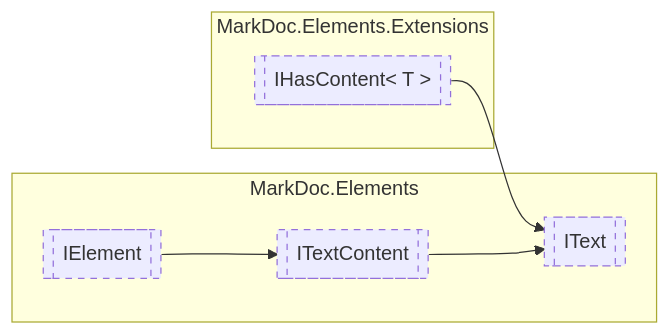
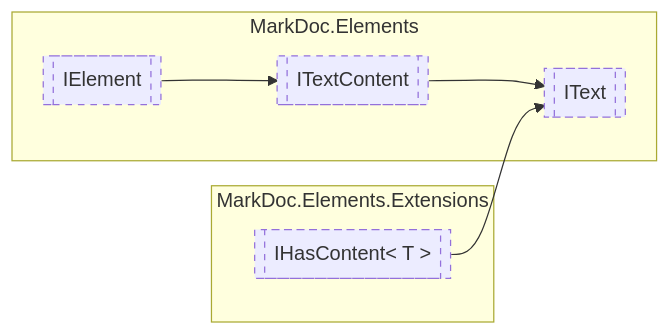
Before and after one commit to hailstorm75/ModularDoc: the diagram in sourceWiki/markdoc/elements/IText.md, drawn with Mermaid. The commit also changed other lines of this file and 22 other files, not shown here.

````diff
--- a/sourceWiki/markdoc/elements/IText.md
+++ b/sourceWiki/markdoc/elements/IText.md
@@ -7,21 +7,21 @@
 ```mermaid
   flowchart LR
   classDef interfaceStyle stroke-dasharray: 5 5;
   classDef abstractStyle stroke-width:4px
   subgraph MarkDoc.Elements
   MarkDoc.Elements.IText[[IText]]
   class MarkDoc.Elements.IText interfaceStyle;
   MarkDoc.Elements.ITextContent[[ITextContent]]
   class MarkDoc.Elements.ITextContent interfaceStyle;
   MarkDoc.Elements.IElement[[IElement]]
   class MarkDoc.Elements.IElement interfaceStyle;
   end
   subgraph MarkDoc.Elements.Extensions
   MarkDoc.Elements.Extensions.IHasContent_1[[IHasContent< T >]]
   class MarkDoc.Elements.Extensions.IHasContent_1 interfaceStyle;
 
   end
-MarkDoc.Elements.Extensions.IHasContent_1 --> MarkDoc.Elements.IText
 MarkDoc.Elements.ITextContent --> MarkDoc.Elements.IText
 MarkDoc.Elements.IElement --> MarkDoc.Elements.ITextContent
+MarkDoc.Elements.Extensions.IHasContent_1 --> MarkDoc.Elements.IText
 ```
````
